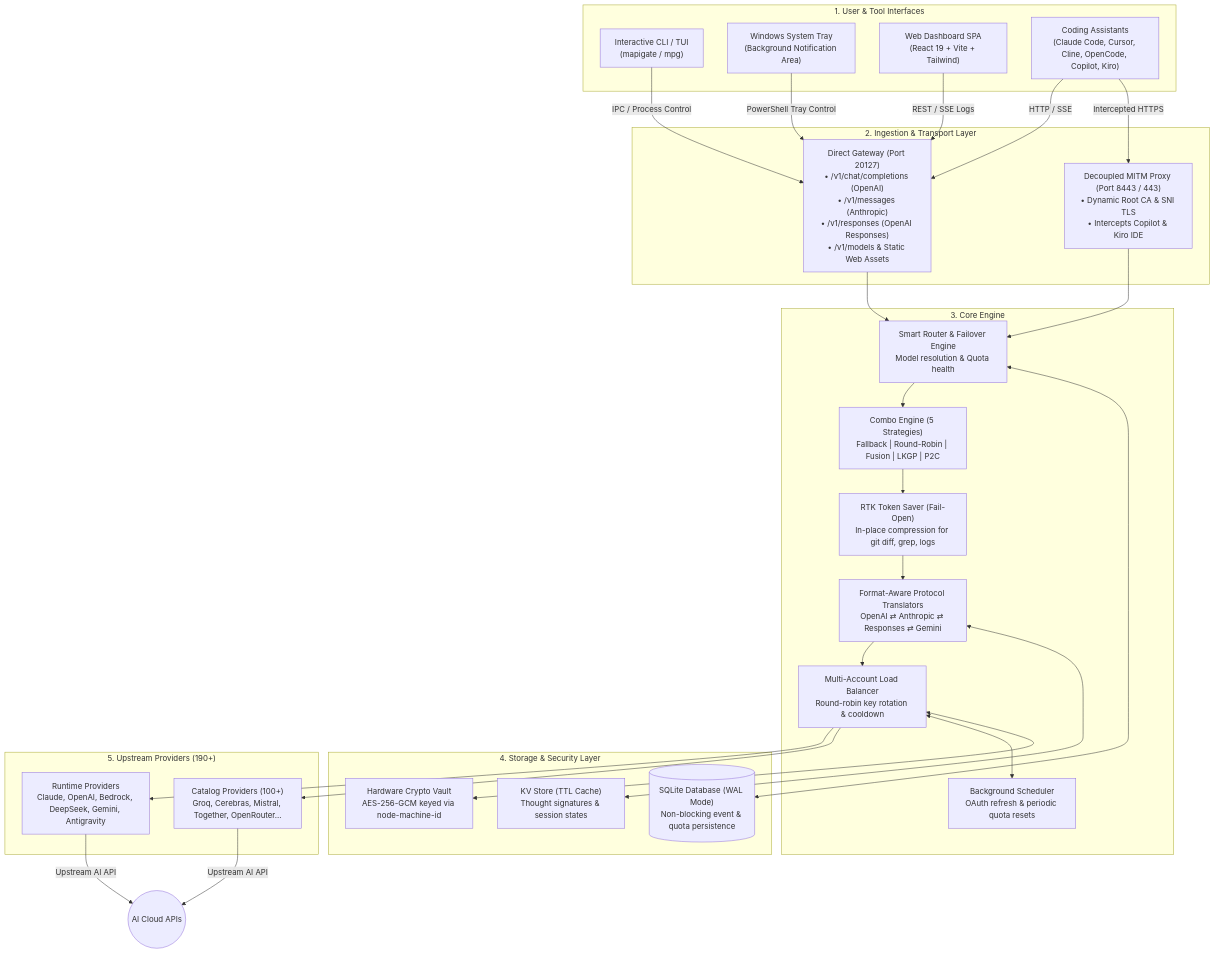
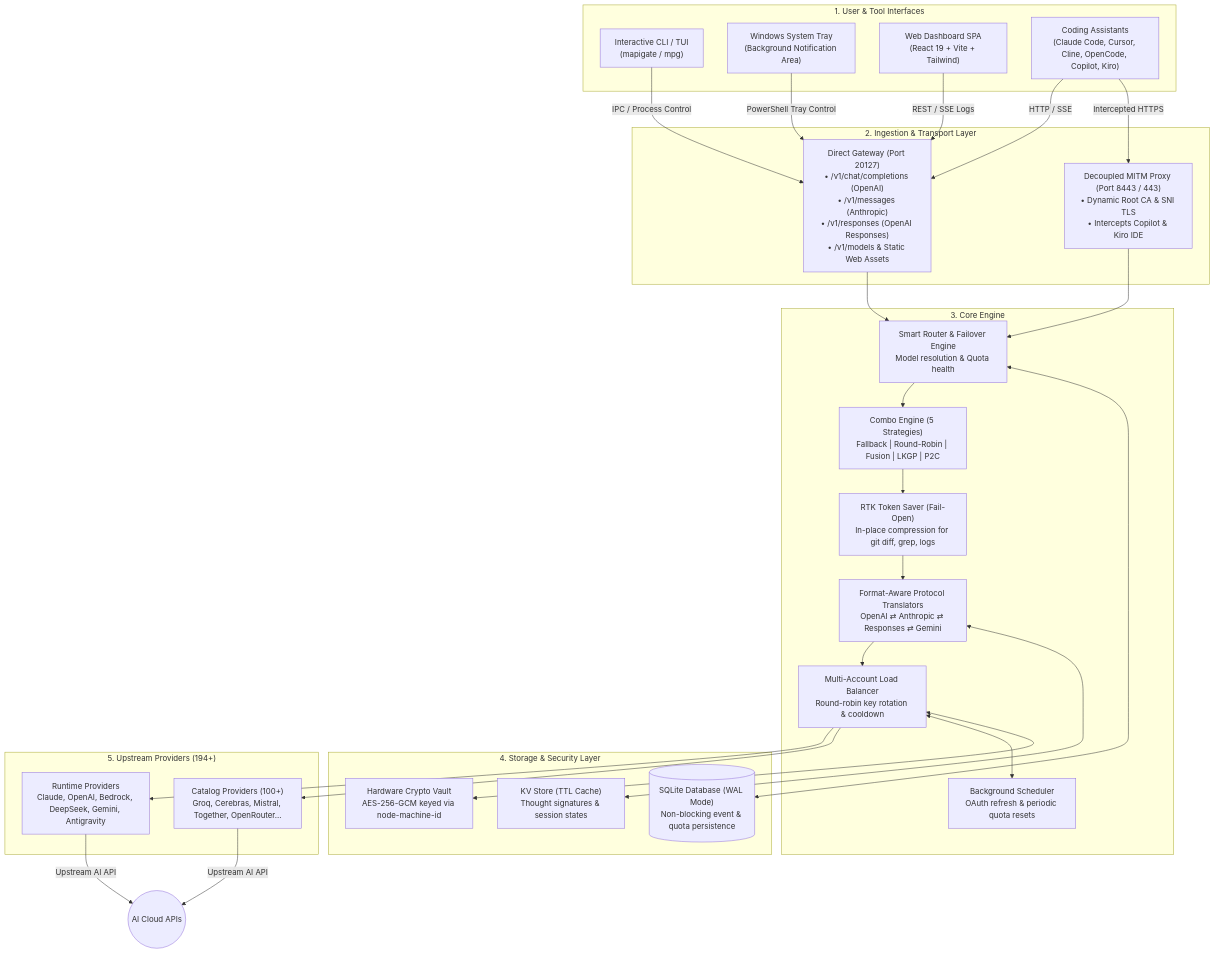
One commit to joutvhu/mapigate changed the first of 4 diagrams in docs/ARCHITECTURE.md. Above: the diagram before and after it, drawn with Mermaid. The commit also changed other lines of this file and 6 other files, not shown here.

````diff
--- a/docs/ARCHITECTURE.md
+++ b/docs/ARCHITECTURE.md
@@ -12,55 +12,55 @@
 ```mermaid
 graph TD
     subgraph UI["1. User & Tool Interfaces"]
         CLI["Interactive CLI / TUI<br/>(mapigate / mpg)"]
         TRAY["Windows System Tray<br/>(Background Notification Area)"]
         DASH["Web Dashboard SPA<br/>(React 19 + Vite + Tailwind)"]
         TOOLS["Coding Assistants<br/>(Claude Code, Cursor, Cline, OpenCode, Copilot, Kiro)"]
     end
 
     subgraph INGEST["2. Ingestion & Transport Layer"]
         GATEWAY["Direct Gateway (Port 20127)<br/>• /v1/chat/completions (OpenAI)<br/>• /v1/messages (Anthropic)<br/>• /v1/responses (OpenAI Responses)<br/>• /v1/models & Static Web Assets"]
         MITM["Decoupled MITM Proxy (Port 8443 / 443)<br/>• Dynamic Root CA & SNI TLS<br/>• Intercepts Copilot & Kiro IDE"]
     end
 
     subgraph ENGINE["3. Core Engine"]
         ROUTER["Smart Router & Failover Engine<br/>Model resolution & Quota health"]
         COMBO["Combo Engine (5 Strategies)<br/>Fallback | Round-Robin | Fusion | LKGP | P2C"]
         RTK["RTK Token Saver (Fail-Open)<br/>In-place compression for git diff, grep, logs"]
         ADAPTERS["Format-Aware Protocol Translators<br/>OpenAI ⇄ Anthropic ⇄ Responses ⇄ Gemini"]
         LOADBAL["Multi-Account Load Balancer<br/>Round-robin key rotation & cooldown"]
         SCHED["Background Scheduler<br/>OAuth refresh & periodic quota resets"]
     end
 
     subgraph STORAGE["4. Storage & Security Layer"]
         SQLITE[("SQLite Database (WAL Mode)<br/>Non-blocking event & quota persistence")]
         VAULT["Hardware Crypto Vault<br/>AES-256-GCM keyed via node-machine-id"]
         KV["KV Store (TTL Cache)<br/>Thought signatures & session states"]
     end
 
-    subgraph UPSTREAM["5. Upstream Providers (190+)"]
+    subgraph UPSTREAM["5. Upstream Providers (194+)"]
         PROV_RUN["Runtime Providers<br/>Claude, OpenAI, Bedrock, DeepSeek, Gemini, Antigravity"]
         PROV_CAT["Catalog Providers (100+)<br/>Groq, Cerebras, Mistral, Together, OpenRouter..."]
     end
 
     TOOLS -->|HTTP / SSE| GATEWAY
     TOOLS -->|Intercepted HTTPS| MITM
     CLI -->|IPC / Process Control| GATEWAY
     TRAY -->|PowerShell Tray Control| GATEWAY
     DASH -->|REST / SSE Logs| GATEWAY
 
     GATEWAY --> ROUTER
     MITM --> ROUTER
 
     ROUTER --> COMBO
     COMBO --> RTK
     RTK --> ADAPTERS
     ADAPTERS --> LOADBAL
     LOADBAL --> PROV_RUN & PROV_CAT
 
     LOADBAL <--> SCHED
     ROUTER <--> SQLITE
     LOADBAL <--> VAULT
     ADAPTERS <--> KV
     PROV_RUN & PROV_CAT -->|Upstream AI API| INTERNET((AI Cloud APIs))
 ```
````
